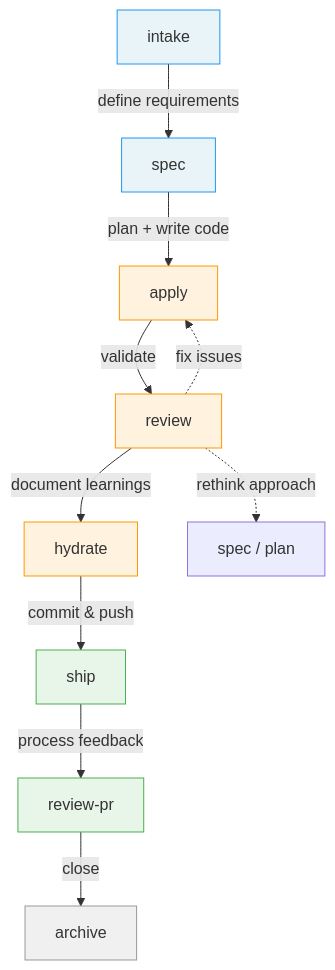
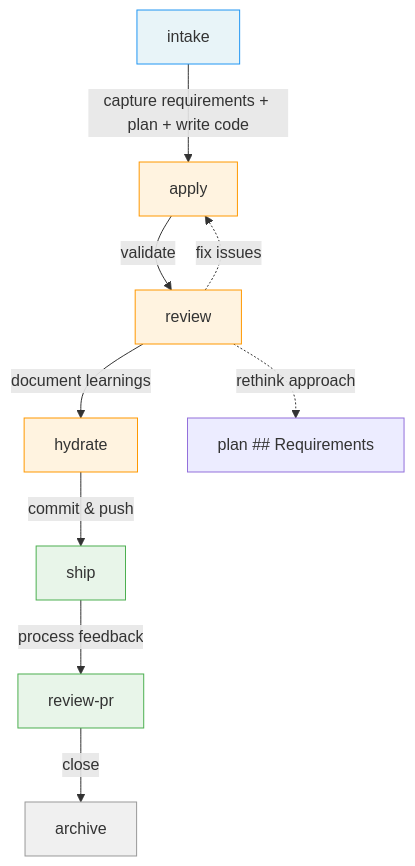
Before and after one commit to sahil87/fab-kit: the first of 4 diagrams in docs/specs/user-flow.md, drawn with Mermaid. The commit also changed other lines of this file and 74 other files, not shown here.

First line of the commit message:
refactor: merge spec stage into apply, frontload SRAD to intake

````diff
--- a/docs/specs/user-flow.md
+++ b/docs/specs/user-flow.md
@@ -11,24 +11,22 @@
 ```mermaid
 flowchart TD
-    B[intake] -->|"define requirements"| S[spec]
-    S -->|"plan + write code"| A[apply]
+    B[intake] -->|"capture requirements + plan + write code"| A[apply]
     A -->|"validate"| R[review]
     R -->|"document learnings"| H[hydrate]
     H -->|"commit & push"| SH[ship]
     SH -->|"process feedback"| RP[review-pr]
     RP -->|"close"| AR[archive]
 
     %% Rework
     R -.->|"fix issues"| A
-    R -.->|"rethink approach"| REWORK["spec / plan"]
+    R -.->|"rethink approach"| REWORK["plan ## Requirements"]
 
     %% Styles
     style B fill:#e8f4f8,stroke:#2196F3
-    style S fill:#e8f4f8,stroke:#2196F3
     style A fill:#fff3e0,stroke:#FF9800
     style R fill:#fff3e0,stroke:#FF9800
     style H fill:#fff3e0,stroke:#FF9800
     style SH fill:#e8f5e9,stroke:#4CAF50
     style RP fill:#e8f5e9,stroke:#4CAF50
     style AR fill:#f0f0f0,stroke:#999
 ```
````
